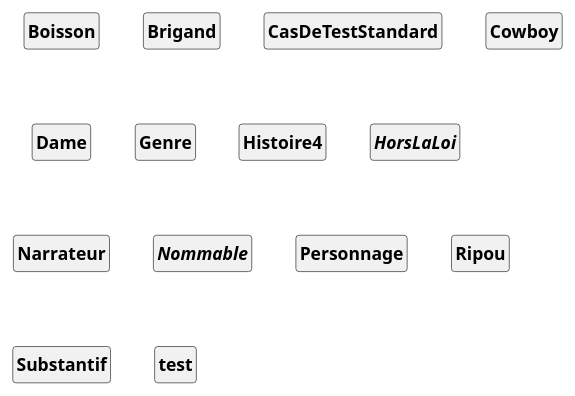
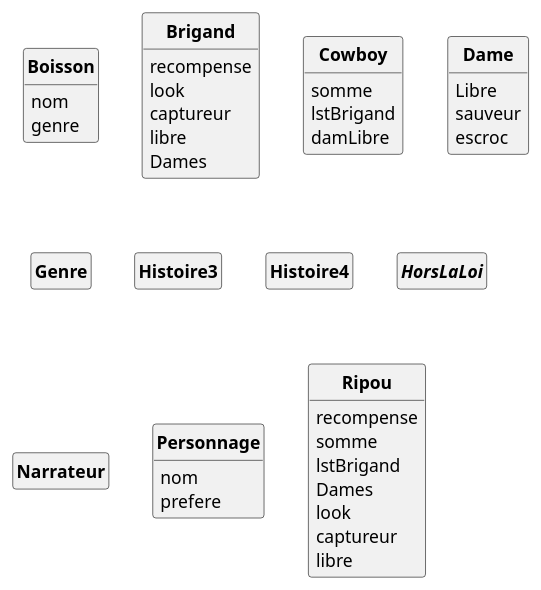
The diagram in src/pumlFromJava/DC_Western.puml (SylvainSchaefer/Java-to-PUML), drawn with PlantUML before and after one commit. The commit also changed 7 other files, not shown here.

```diff
--- a/src/pumlFromJava/DC_Western.puml
+++ b/src/pumlFromJava/DC_Western.puml
@@ -1,22 +1,59 @@
 @startuml
 'https://plantuml.com/class-diagram
 skinparam style strictuml
 skinparam classAttributeIconSize 0
 skinparam classFontStyle Bold
 hide empty members
 
-Class Boisson
-Class Brigand
-Class CasDeTestStandard
-Class Cowboy
-Class Dame
+Class Boisson{
+nom
+genre
+
+}
+Class Brigand{
+recompense
+look
+captureur
+libre
+Dames
+
+}
+Class Cowboy{
+somme
+lstBrigand
+damLibre
+
+}
+Class Dame{
+Libre
+sauveur
+escroc
+
+}
 Enum Genre
-Class Histoire4
+Class Histoire3{
+
+}
+Class Histoire4{
+
+}
 Interface HorsLaLoi
-Class Narrateur
-Interface Nommable
-Class Personnage
-Class Ripou
-Class Substantif
-Class test
+Class Narrateur{
+
+}
+Class Personnage{
+nom
+prefere
+
+}
+Class Ripou{
+recompense
+somme
+lstBrigand
+Dames
+look
+captureur
+libre
+
+}
 @enduml
```
